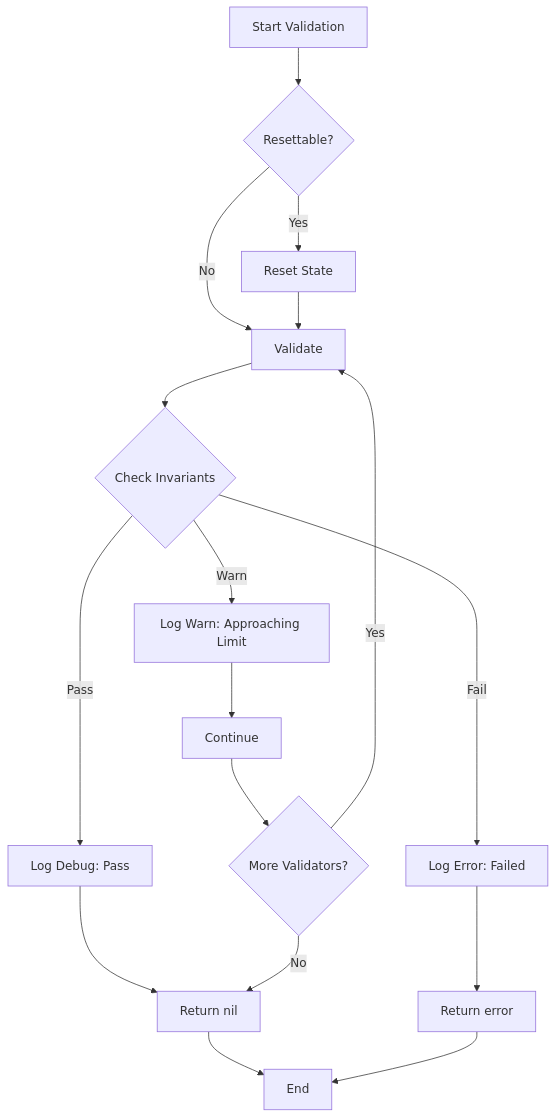
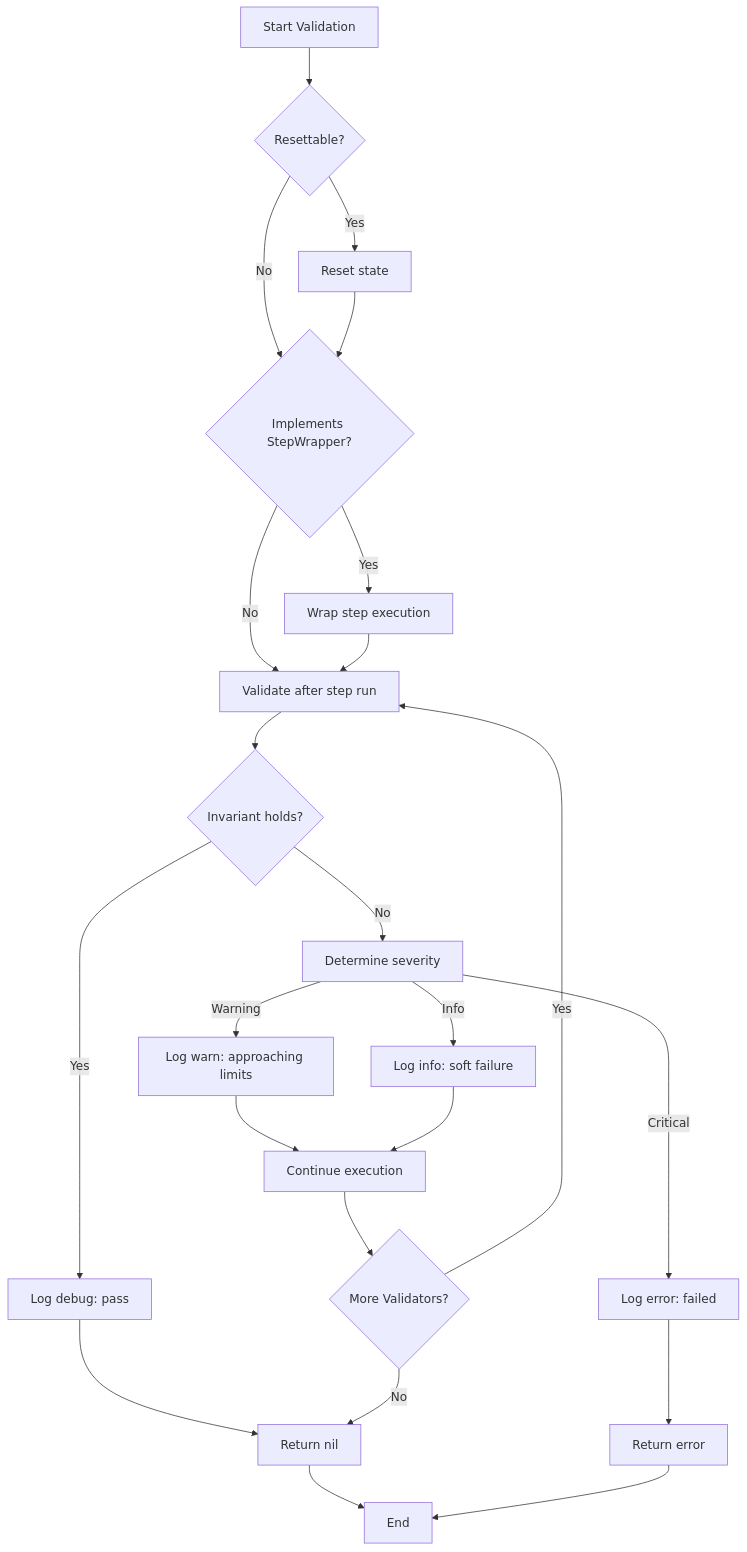
Before and after one commit to rom8726/chaoskit: the sixth of 13 diagrams in ARCHITECTURE.md, drawn with Mermaid. The commit also changed other lines of this file and 2 other files, not shown here.

````diff
--- a/ARCHITECTURE.md
+++ b/ARCHITECTURE.md
@@ -199,23 +272,31 @@
 ```mermaid
 flowchart TD
     Start[Start Validation] --> Reset{Resettable?}
-    Reset -->|Yes| ResetState[Reset State]
-    Reset -->|No| Validate
-    ResetState --> Validate[Validate]
+    Reset -->|Yes| ResetState[Reset state]
+    Reset -->|No| WrapCheck
+    ResetState --> WrapCheck
     
-    Validate --> Check{Check Invariants}
-    Check -->|Pass| LogPass[Log Debug: Pass]
-    Check -->|Warn| LogWarn[Log Warn: Approaching Limit]
-    Check -->|Fail| LogError[Log Error: Failed]
+    WrapCheck{Implements StepWrapper?} -->|Yes| WrapStep[Wrap step execution]
+    WrapCheck -->|No| Validate
+    WrapStep --> Validate[Validate after step run]
+    
+    Validate --> Check{Invariant holds?}
+    Check -->|Yes| LogPass[Log debug: pass]
+    Check -->|No| DetermineSeverity[Determine severity]
     
     LogPass --> ReturnOK[Return nil]
-    LogWarn --> Continue[Continue]
+    DetermineSeverity -->|Warning| LogWarn[Log warn: approaching limits]
+    DetermineSeverity -->|Critical| LogError[Log error: failed]
+    DetermineSeverity -->|Info| LogInfo[Log info: soft failure]
+    
+    LogWarn --> Continue[Continue execution]
+    LogInfo --> Continue
     LogError --> ReturnError[Return error]
     
     Continue --> Next{More Validators?}
     Next -->|Yes| Validate
     Next -->|No| ReturnOK
     
     ReturnOK --> End[End]
     ReturnError --> End
 ```
````
